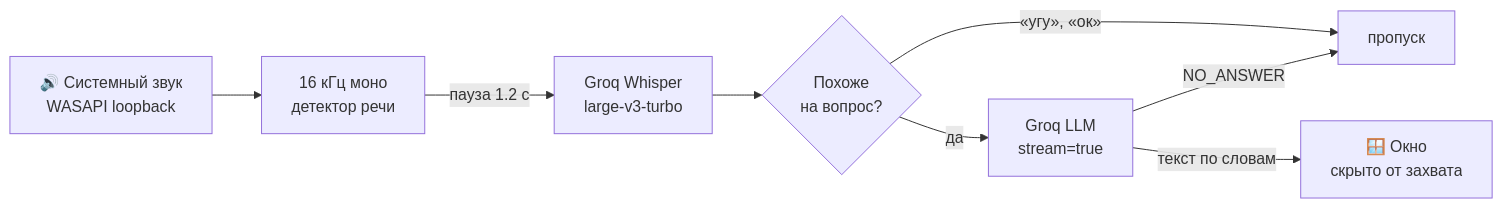
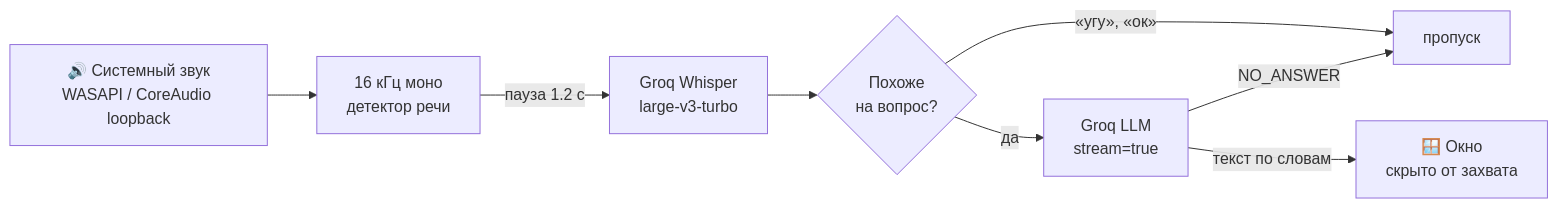
The diagram in README.md (llLz-tSix/st-helper), drawn with Mermaid before and after one commit. The commit also changed other lines of this file and 9 other files, not shown here.

````diff
--- a/README.md
+++ b/README.md
@@ -113,10 +119,10 @@
 ```mermaid
 flowchart LR
-    A["🔊 Системный звук<br/>WASAPI loopback"] --> B["16 кГц моно<br/>детектор речи"]
+    A["🔊 Системный звук<br/>WASAPI / CoreAudio loopback"] --> B["16 кГц моно<br/>детектор речи"]
     B -- "пауза 1.2 с" --> C["Groq Whisper<br/>large-v3-turbo"]
     C --> D{"Похоже<br/>на вопрос?"}
     D -- "«угу», «ок»" --> X["пропуск"]
     D -- "да" --> E["Groq LLM<br/>stream=true"]
     E -- "NO_ANSWER" --> X
     E -- "текст по словам" --> F["🪟 Окно<br/>скрыто от захвата"]
 ```
````
